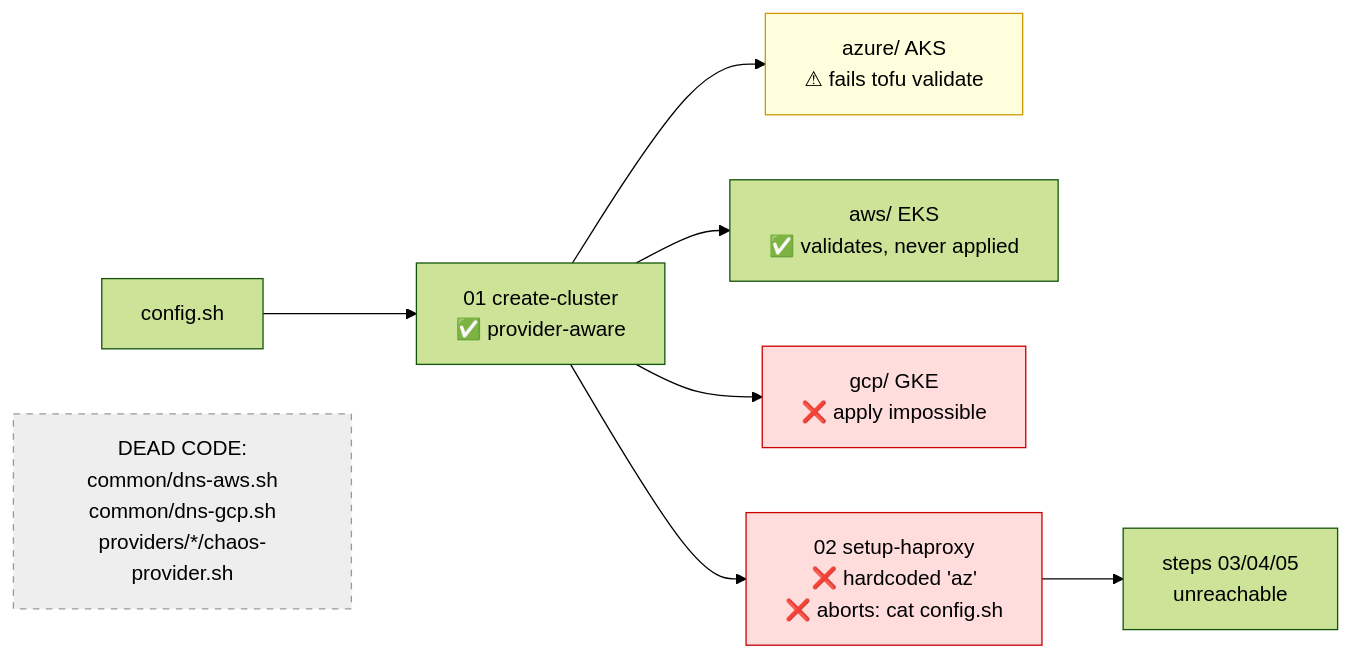
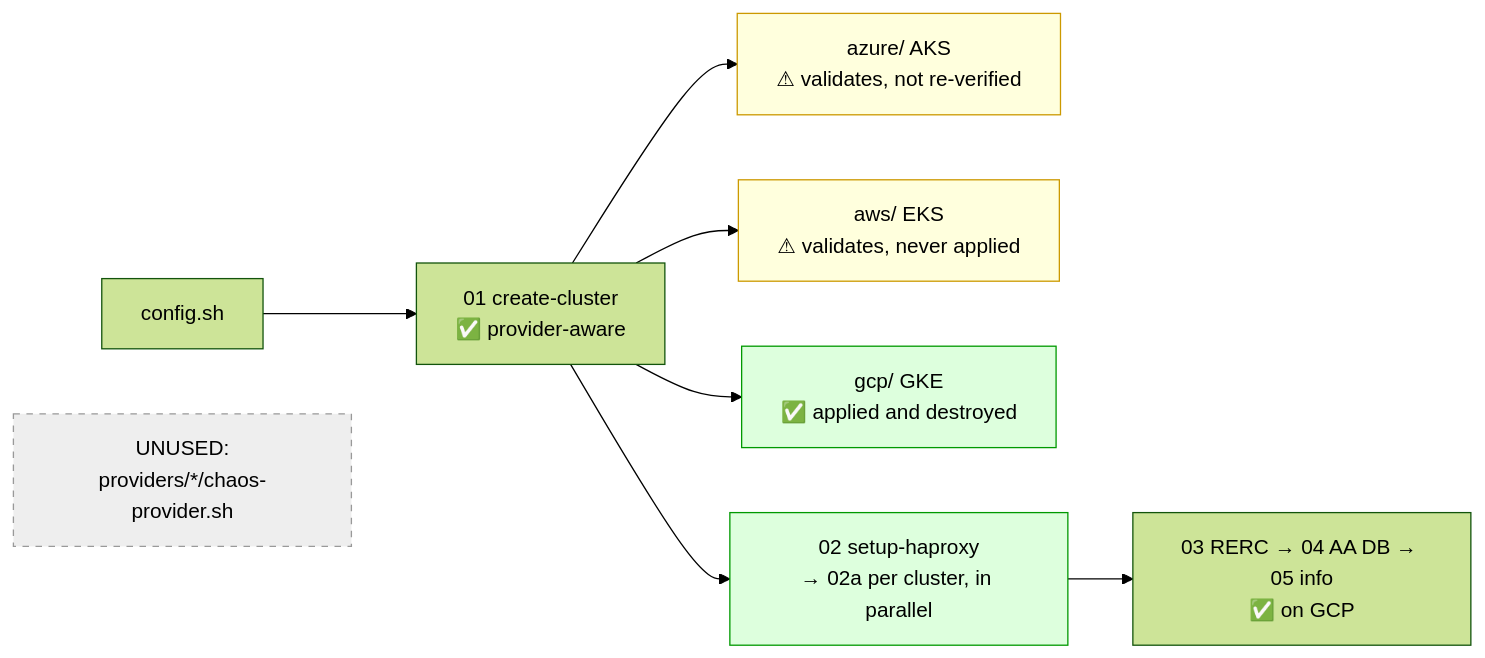
Before and after one commit to dev-mansonthomas/AKS-ActiveActive-Redis: the second of 4 diagrams in docs/architecture/overview.md, drawn with Mermaid (forest theme). The commit also changed other lines of this file and 24 other files, not shown here.

````diff
--- a/docs/architecture/overview.md
+++ b/docs/architecture/overview.md
@@ -53,15 +53,16 @@
 ```mermaid
 graph LR
     C["config.sh"] --> S1["01 create-cluster<br/>✅ provider-aware"]
-    S1 --> AZ["azure/ AKS<br/>⚠ fails tofu validate"]
-    S1 --> AW["aws/ EKS<br/>✅ validates, never applied"]
-    S1 --> GC["gcp/ GKE<br/>❌ apply impossible"]
-    S1 --> S2["02 setup-haproxy<br/>❌ hardcoded 'az'<br/>❌ aborts: cat config.sh"]
-    S2 --> X["steps 03/04/05<br/>unreachable"]
-    DEAD["DEAD CODE:<br/>common/dns-aws.sh<br/>common/dns-gcp.sh<br/>providers/*/chaos-provider.sh"]
+    S1 --> AZ["azure/ AKS<br/>⚠ validates, not re-verified"]
+    S1 --> AW["aws/ EKS<br/>⚠ validates, never applied"]
+    S1 --> GC["gcp/ GKE<br/>✅ applied and destroyed"]
+    S1 --> S2["02 setup-haproxy<br/>→ 02a per cluster, in parallel"]
+    S2 --> X["03 RERC → 04 AA DB → 05 info<br/>✅ on GCP"]
+    DEAD["UNUSED:<br/>providers/*/chaos-provider.sh"]
 
-    style S2 fill:#fdd,stroke:#c00
-    style GC fill:#fdd,stroke:#c00
+    style S2 fill:#dfd,stroke:#090
+    style GC fill:#dfd,stroke:#090
     style AZ fill:#ffd,stroke:#c90
+    style AW fill:#ffd,stroke:#c90
     style DEAD fill:#eee,stroke:#999,stroke-dasharray: 5 5
 ```
````
